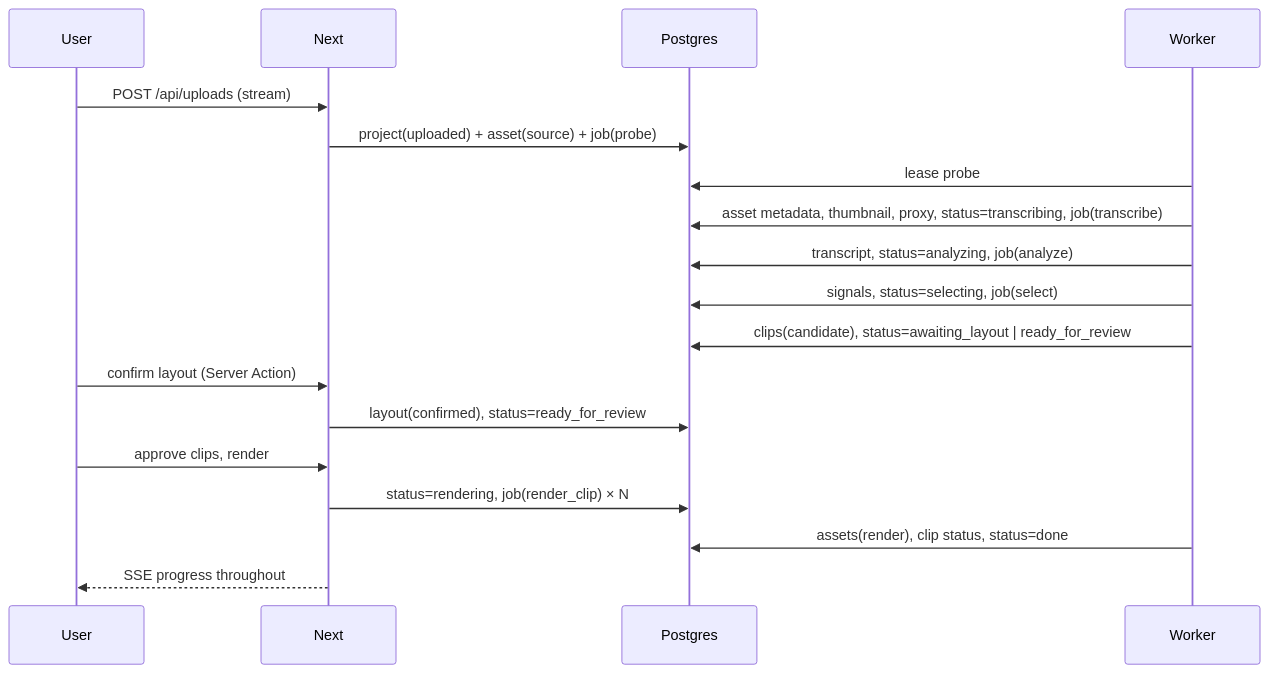
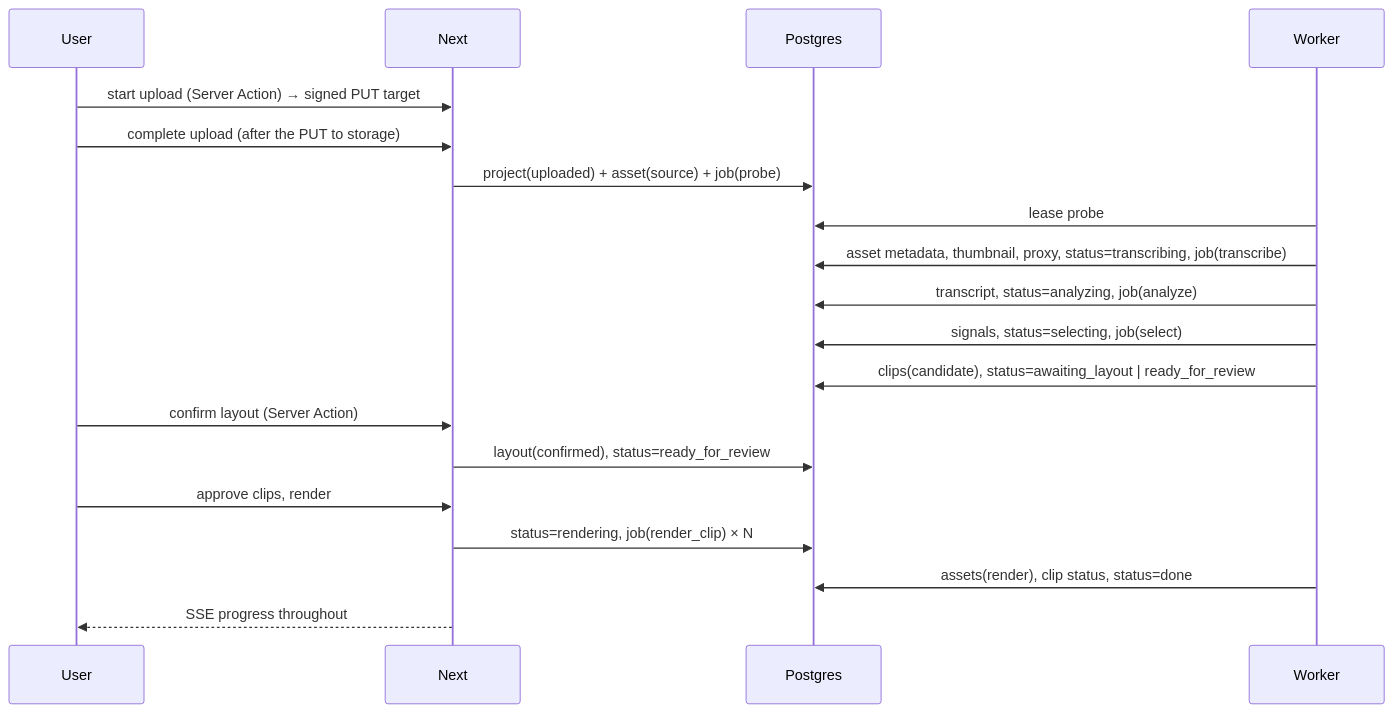
One commit to gabrielccarvalho/nimbus changed the second of 2 diagrams in docs/ARCHITECTURE.md. Above: the diagram before and after it, drawn with Mermaid. The commit also changed other lines of this file and 6 other files, not shown here.

````diff
--- a/docs/ARCHITECTURE.md
+++ b/docs/ARCHITECTURE.md
@@ -59,20 +77,21 @@
 ```mermaid
 sequenceDiagram
   participant U as User
   participant N as Next
   participant D as Postgres
   participant W as Worker
-  U->>N: POST /api/uploads (stream)
+  U->>N: start upload (Server Action) → signed PUT target
+  U->>N: complete upload (after the PUT to storage)
   N->>D: project(uploaded) + asset(source) + job(probe)
   W->>D: lease probe
   W->>D: asset metadata, thumbnail, proxy, status=transcribing, job(transcribe)
   W->>D: transcript, status=analyzing, job(analyze)
   W->>D: signals, status=selecting, job(select)
   W->>D: clips(candidate), status=awaiting_layout | ready_for_review
   U->>N: confirm layout (Server Action)
   N->>D: layout(confirmed), status=ready_for_review
   U->>N: approve clips, render
   N->>D: status=rendering, job(render_clip) × N
   W->>D: assets(render), clip status, status=done
   N-->>U: SSE progress throughout
 ```
````
